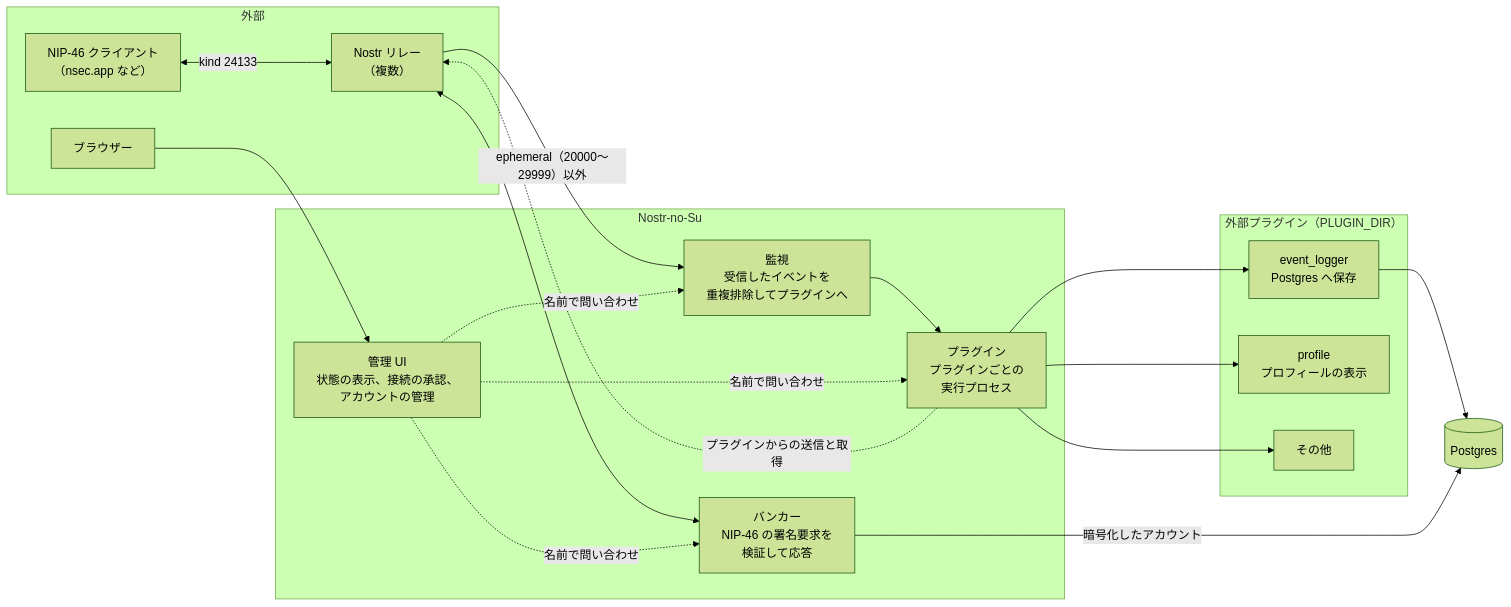
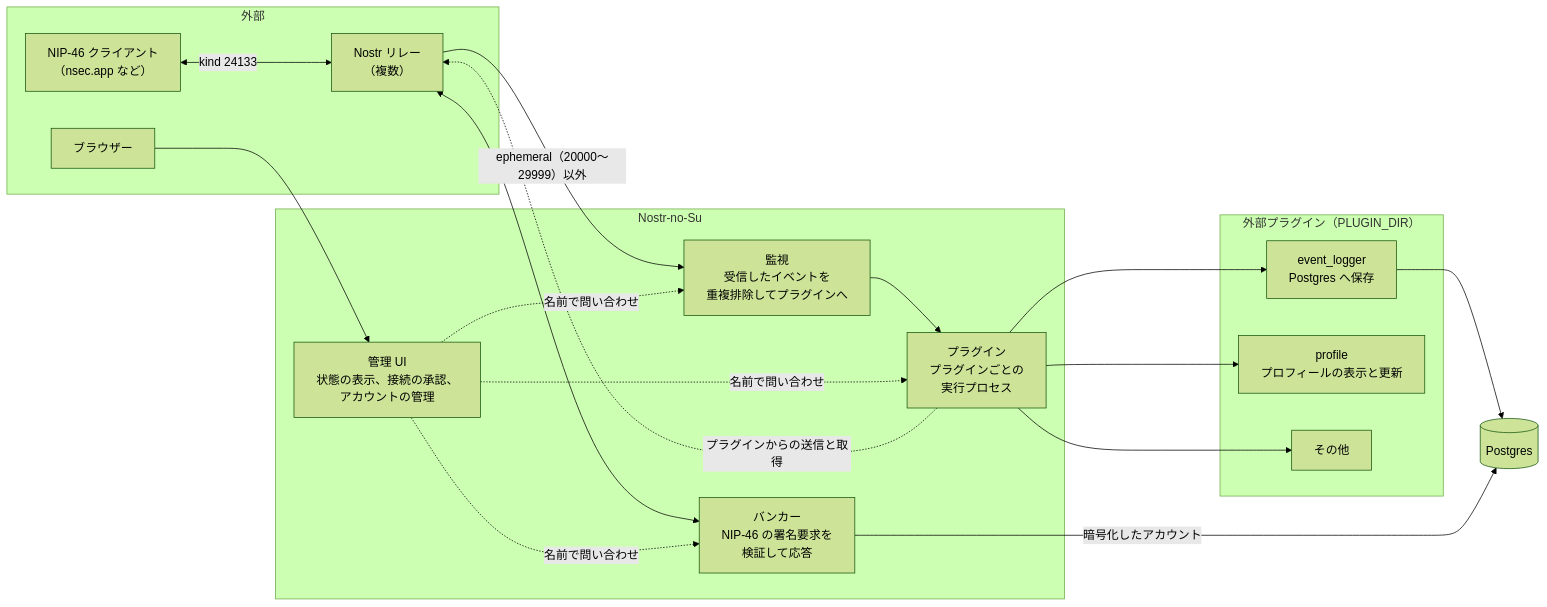
Before and after one commit to neverclear86/nostr-no-su: the first of 9 diagrams in docs/architecture.md, drawn with Mermaid (forest theme). The commit also changed other lines of this file and 7 other files, not shown here.

````diff
--- a/docs/architecture.md
+++ b/docs/architecture.md
@@ -15,36 +15,36 @@
 ```mermaid
 flowchart LR
     subgraph external["外部"]
         relays["Nostr リレー<br/>（複数）"]
         client["NIP-46 クライアント<br/>（nsec.app など）"]
         browser["ブラウザー"]
     end
 
     subgraph host["Nostr-no-Su"]
         monitor["監視<br/>受信したイベントを<br/>重複排除してプラグインへ"]
         bunker["バンカー<br/>NIP-46 の署名要求を<br/>検証して応答"]
         plugins["プラグイン<br/>プラグインごとの<br/>実行プロセス"]
         admin["管理 UI<br/>状態の表示、接続の承認、<br/>アカウントの管理"]
     end
 
     subgraph ext_plugins["外部プラグイン（PLUGIN_DIR）"]
         event_logger["event_logger<br/>Postgres へ保存"]
-        profile["profile<br/>プロフィールの表示"]
+        profile["profile<br/>プロフィールの表示と更新"]
         others["その他"]
     end
 
     relays -->|"ephemeral（20000〜29999）以外"| monitor
     monitor --> plugins
     plugins --> event_logger
     plugins --> profile
     plugins --> others
     plugins -.->|"プラグインからの送信と取得"| relays
     client <-->|"kind 24133"| relays
     relays <--> bunker
     browser --> admin
     admin -.->|"名前で問い合わせ"| monitor
     admin -.->|"名前で問い合わせ"| bunker
     admin -.->|"名前で問い合わせ"| plugins
     event_logger --> postgres[("Postgres")]
     bunker -->|"暗号化したアカウント"| postgres
 ```
````
